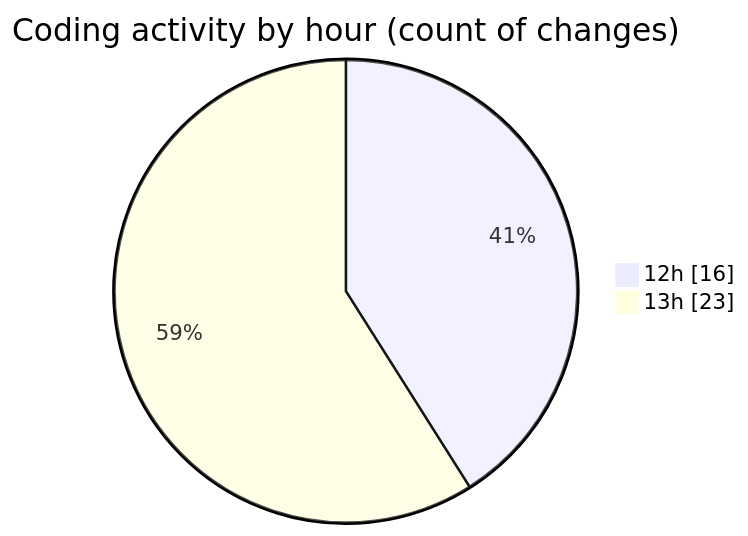
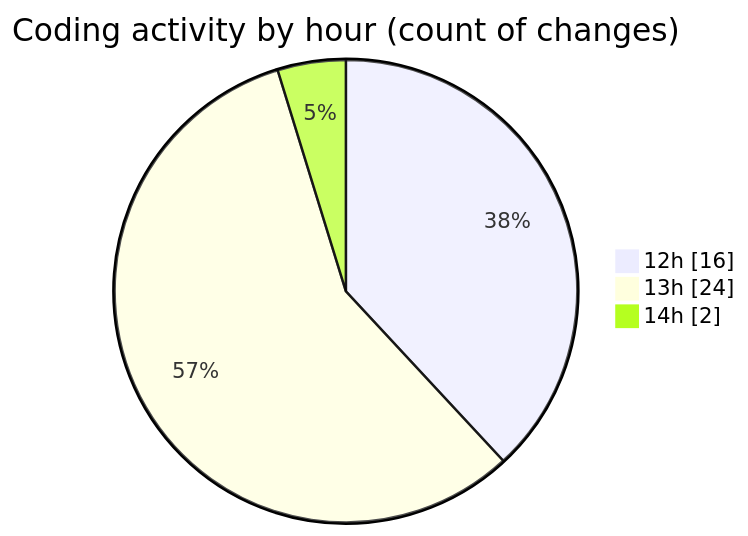
The second of 2 diagrams in 2025-06-27/nxtqube_webapp/README.md (nxtqubesakshisongat/code-tracking), drawn with Mermaid before and after one commit. The commit also changed other lines of this file and 1 other file, not shown here.

````diff
--- a/2025-06-27/nxtqube_webapp/README.md
+++ b/2025-06-27/nxtqube_webapp/README.md
@@ -32,6 +32,7 @@
 ```mermaid
 pie showData
 title Coding activity by hour (count of changes)
 "12h" : 16
-"13h" : 23
+"13h" : 24
+"14h" : 2
 ```
````
